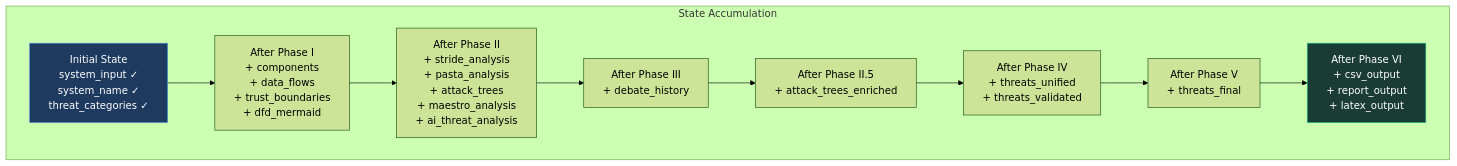
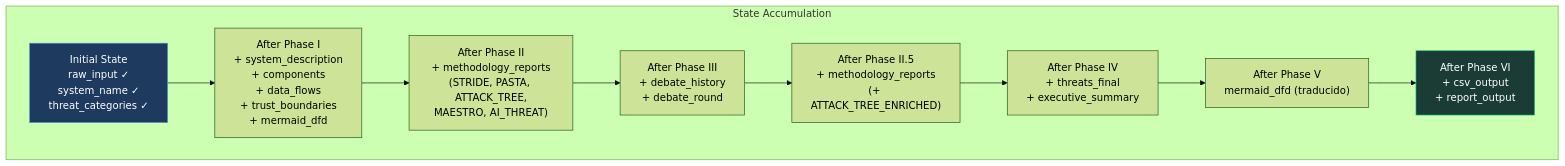
The ninth of 10 diagrams in docs/10_flujo_de_datos.md (philocyber/agent-threat-modeler), drawn with Mermaid (forest theme) before and after one commit. The commit also changed other lines of this file and 56 other files, not shown here.

````diff
--- a/docs/10_flujo_de_datos.md
+++ b/docs/10_flujo_de_datos.md
@@ -215,25 +217,25 @@
 ```mermaid
 graph TD
     subgraph "State Accumulation"
-        S0["Initial State<br/>system_input ✓<br/>system_name ✓<br/>threat_categories ✓"]
+        S0["Initial State<br/>raw_input ✓<br/>system_name ✓<br/>threat_categories ✓"]
         
-        S1["After Phase I<br/>+ components<br/>+ data_flows<br/>+ trust_boundaries<br/>+ dfd_mermaid"]
+        S1["After Phase I<br/>+ system_description<br/>+ components<br/>+ data_flows<br/>+ trust_boundaries<br/>+ mermaid_dfd"]
         
-        S2["After Phase II<br/>+ stride_analysis<br/>+ pasta_analysis<br/>+ attack_trees<br/>+ maestro_analysis<br/>+ ai_threat_analysis"]
+        S2["After Phase II<br/>+ methodology_reports<br/>(STRIDE, PASTA, ATTACK_TREE,<br/>MAESTRO, AI_THREAT)"]
         
-        S3["After Phase III<br/>+ debate_history"]
+        S3["After Phase III<br/>+ debate_history<br/>+ debate_round"]
         
-        S35["After Phase II.5<br/>+ attack_trees_enriched"]
+        S35["After Phase II.5<br/>+ methodology_reports<br/>(+ ATTACK_TREE_ENRICHED)"]
         
-        S4["After Phase IV<br/>+ threats_unified<br/>+ threats_validated"]
+        S4["After Phase IV<br/>+ threats_final<br/>+ executive_summary"]
         
-        S5["After Phase V<br/>+ threats_final"]
+        S5["After Phase V<br/>mermaid_dfd (traducido)"]
         
-        S6["After Phase VI<br/>+ csv_output<br/>+ report_output<br/>+ latex_output"]
+        S6["After Phase VI<br/>+ csv_output<br/>+ report_output"]
     end
 
     S0 --> S1 --> S2 --> S3 --> S35 --> S4 --> S5 --> S6
 
     style S0 fill:#1e3a5f,stroke:#4a90d9,color:#fff
     style S6 fill:#1a3c34,stroke:#10b981,color:#fff
 ```
````
